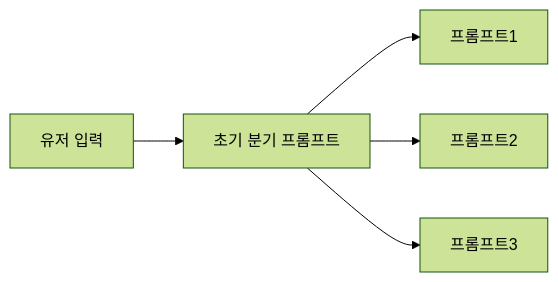
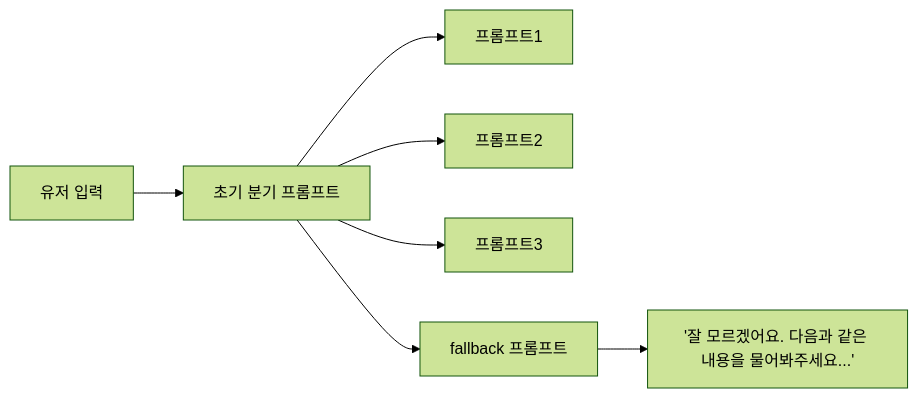
The diagram in README.md (deflatedlatte/mermaid-test), drawn with Mermaid (forest theme) before and after one commit.

Commit message:
asdfdasfasdf

````diff
--- a/README.md
+++ b/README.md
@@ -3,12 +3,16 @@
 ```mermaid
     flowchart LR
         id1["유저 입력"]
         id2["초기 분기 프롬프트"]
         id3["프롬프트1"]
         id4["프롬프트2"]
         id5["프롬프트3"]
+        id6["fallback 프롬프트"]
+        id7["'잘 모르겠어요. 다음과 같은 내용을 물어봐주세요...'"]
         id1 --> id2
         id2 --> id3
         id2 --> id4
         id2 --> id5
+        id2 --> id6
+        id6 --> id7
 ```
````
